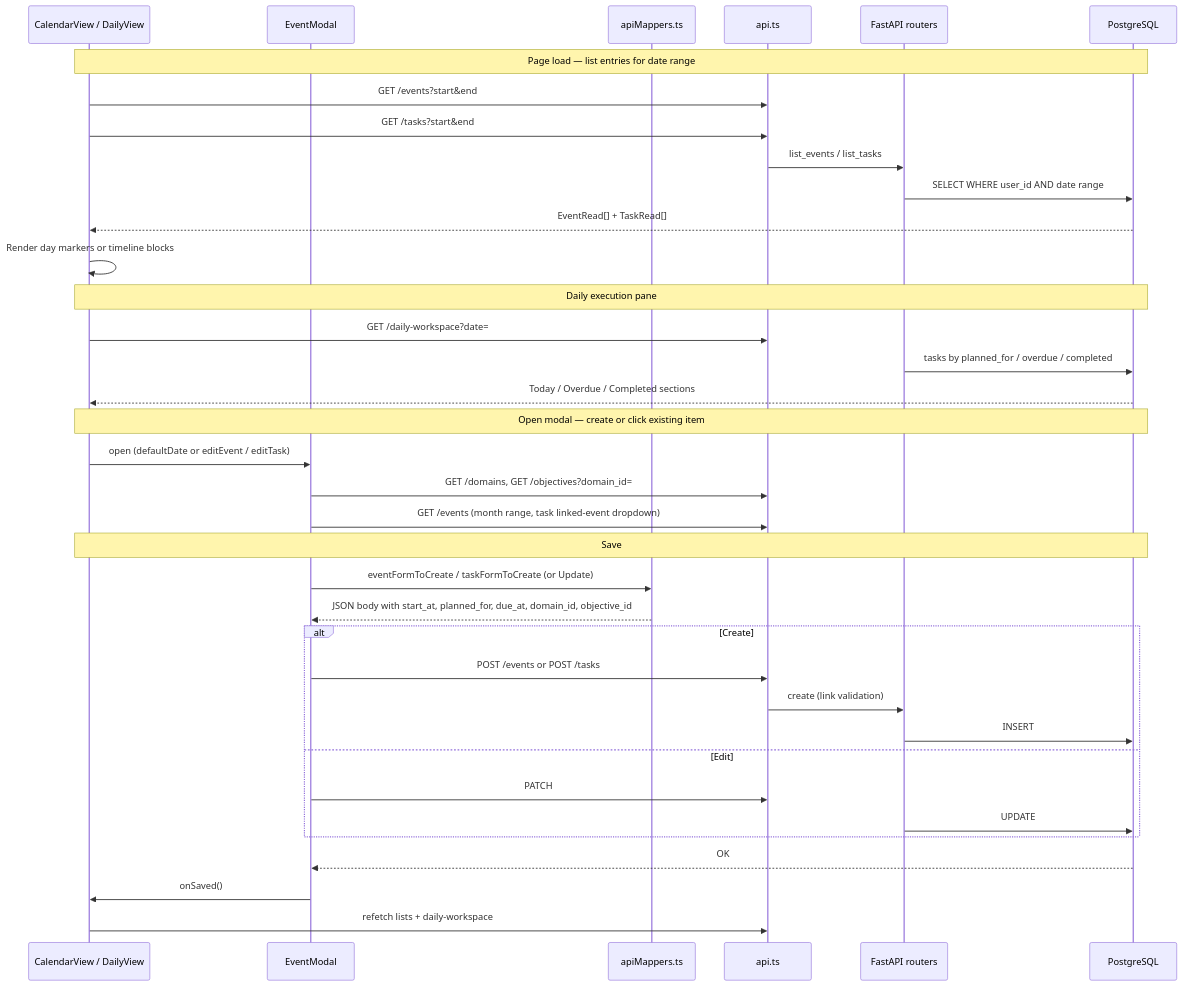
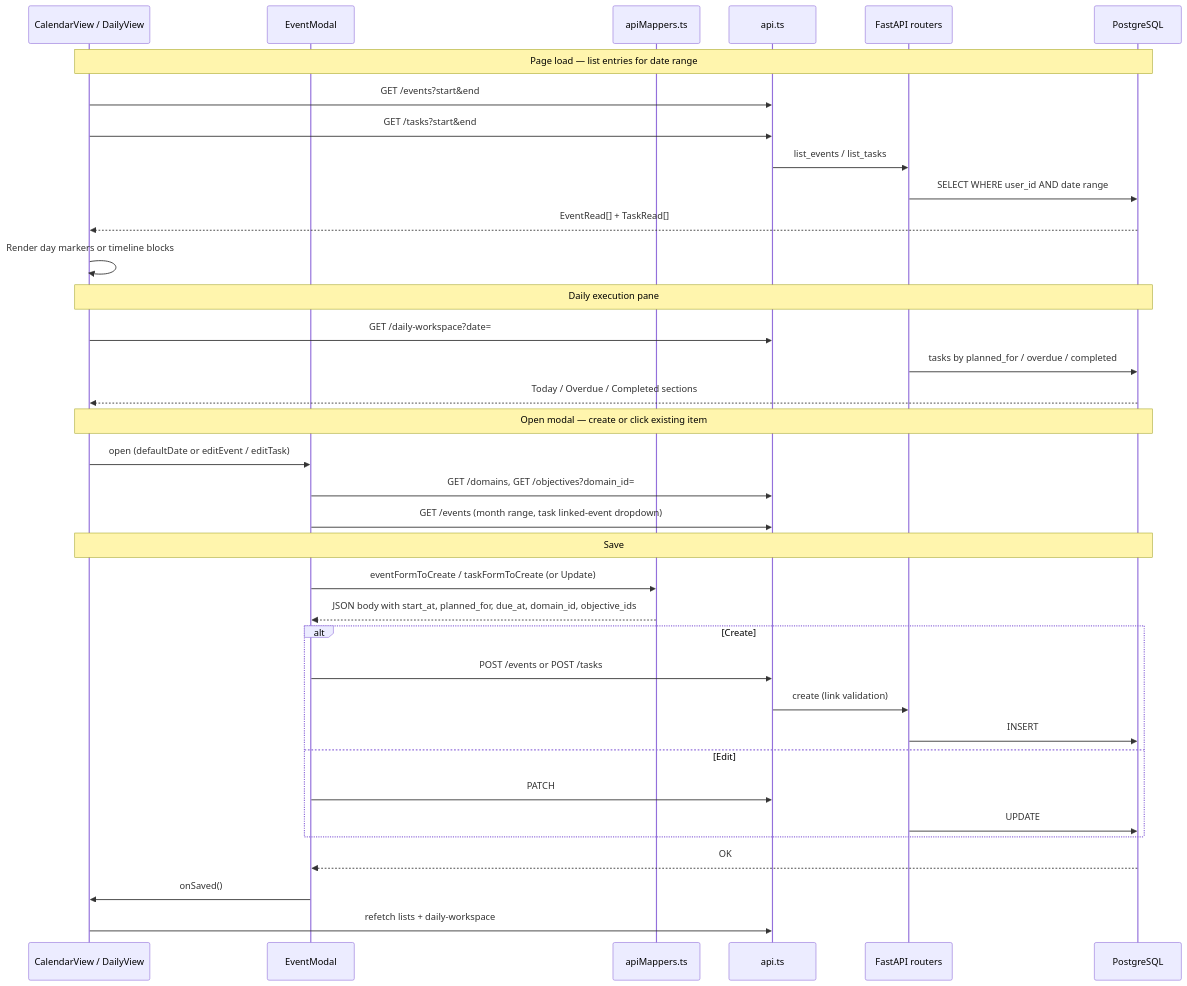
One commit to Trevor5008/Palander changed the second of 3 diagrams in docs/data-flow.md. Above: the diagram before and after it, drawn with Mermaid. The commit also changed other lines of this file and 49 other files, not shown here.

````diff
--- a/docs/data-flow.md
+++ b/docs/data-flow.md
@@ -69,42 +69,42 @@
 ```mermaid
 sequenceDiagram
   participant View as CalendarView / DailyView
   participant Modal as EventModal
   participant Mappers as apiMappers.ts
   participant API as api.ts
   participant BE as FastAPI routers
   participant DB as PostgreSQL
 
   Note over View,DB: Page load — list entries for date range
   View->>API: GET /events?start&end
   View->>API: GET /tasks?start&end
   API->>BE: list_events / list_tasks
   BE->>DB: SELECT WHERE user_id AND date range
   DB-->>View: EventRead[] + TaskRead[]
   View->>View: Render day markers or timeline blocks
 
   Note over View,DB: Daily execution pane
   View->>API: GET /daily-workspace?date=
   BE->>DB: tasks by planned_for / overdue / completed
   DB-->>View: Today / Overdue / Completed sections
 
   Note over View,DB: Open modal — create or click existing item
   View->>Modal: open (defaultDate or editEvent / editTask)
   Modal->>API: GET /domains, GET /objectives?domain_id=
   Modal->>API: GET /events (month range, task linked-event dropdown)
 
   Note over View,DB: Save
   Modal->>Mappers: eventFormToCreate / taskFormToCreate (or Update)
-  Mappers-->>Modal: JSON body with start_at, planned_for, due_at, domain_id, objective_id
+  Mappers-->>Modal: JSON body with start_at, planned_for, due_at, domain_id, objective_ids
   alt Create
     Modal->>API: POST /events or POST /tasks
     API->>BE: create (link validation)
     BE->>DB: INSERT
   else Edit
     Modal->>API: PATCH
     BE->>DB: UPDATE
   end
   DB-->>Modal: OK
   Modal->>View: onSaved()
   View->>API: refetch lists + daily-workspace
 ```
````
